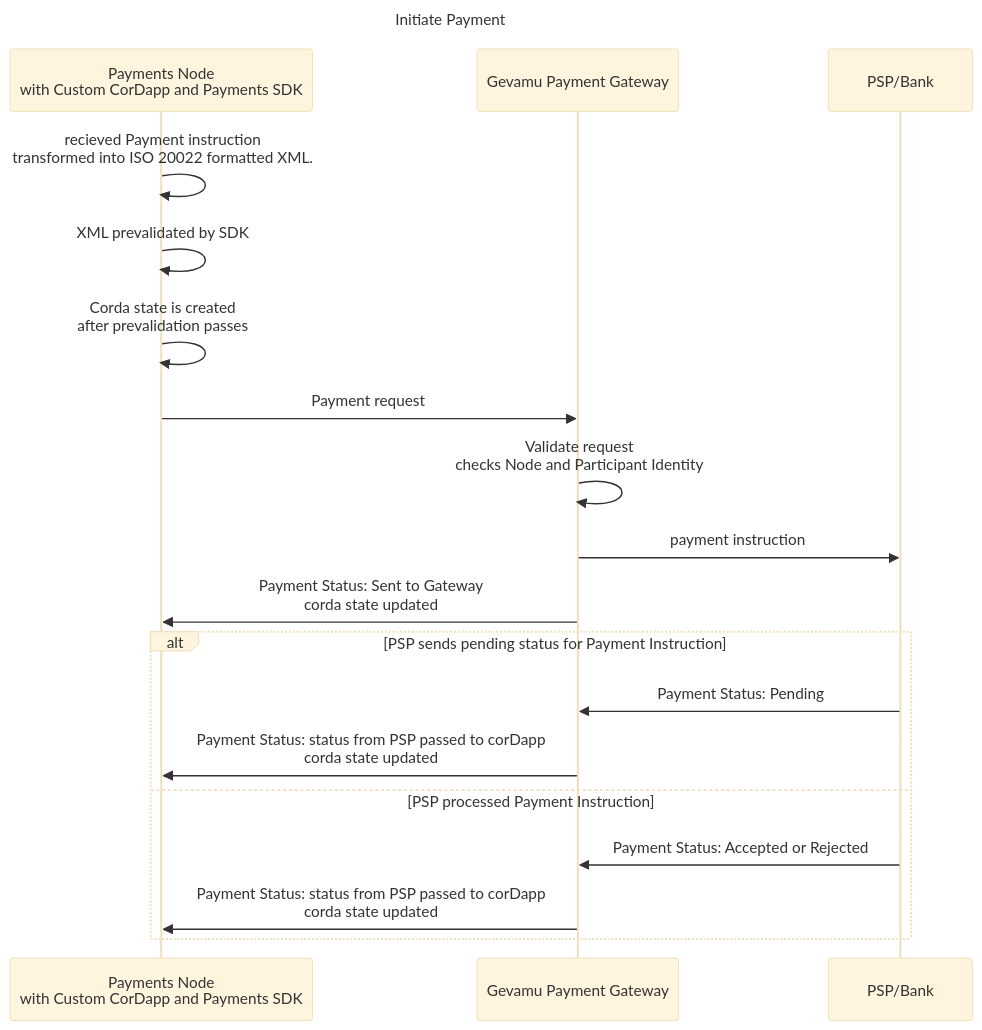
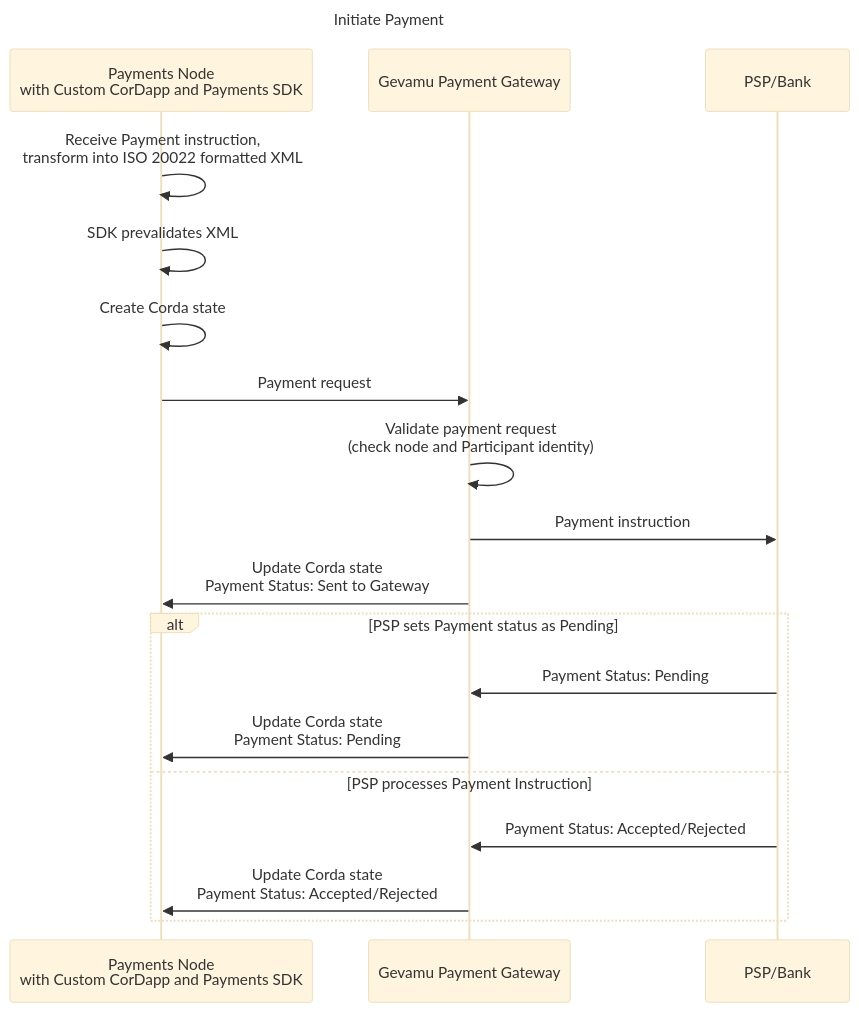
Before and after one commit to gevamu/gevamu.github.io: the diagram in content/3.workflow/4.payment-initiation.md, drawn with Mermaid (base theme). The commit also changed other lines of this file, not shown here.

Commit message:
Apply suggestions from code review
Linguistic Check

````diff
--- a/content/3.workflow/4.payment-initiation.md
+++ b/content/3.workflow/4.payment-initiation.md
@@ -24,37 +25,37 @@
 ```mermaid
 ---
 title: Initiate Payment
 ---
 sequenceDiagram
     %% Participants
     participant pn as Payments Node <br/> with Custom CorDapp and Payments SDK 
     participant gpg as Gevamu Payment Gateway
     participant psp as PSP/Bank
 
-    pn ->> pn: recieved Payment instruction  <br/> transformed into ISO 20022 formatted XML.
-    pn ->> pn: XML prevalidated by SDK
+    pn ->> pn: Receive Payment instruction,  <br/> transform into ISO 20022 formatted XML
+    pn ->> pn: SDK prevalidates XML
 
     %%prevalidation by SDK
     
-    pn  ->>  pn: Corda state is created <br/> after prevalidation passes
+    pn  ->>  pn: Create Corda state
     pn  ->> gpg: Payment request
-    gpg ->> gpg: Validate request <br/> checks Node and Participant Identity
+    gpg ->> gpg: Validate payment request  <br/> (check node and Participant identity)
 
     %% after validation by Gateway
 
-    gpg ->> psp: payment instruction
-    gpg ->> pn: Payment Status: Sent to Gateway <br/> corda state updated
+    gpg ->> psp: Payment instruction
+    gpg ->> pn:  Update Corda state <br/> Payment Status: Sent to Gateway
 
     %% Pending Status by PSP
-    alt PSP sends pending status for Payment Instruction
+    alt PSP sets Payment status as Pending
     psp ->> gpg: Payment Status: Pending
-    gpg ->> pn : Payment Status: status from PSP passed to corDapp <br/> corda state updated
+    gpg ->> pn : Update Corda state <br/> Payment Status: Pending 
     
     %% Request has been processed by PSP 
-    else PSP processed Payment Instruction
-    psp ->> gpg: Payment Status: Accepted or Rejected
-    gpg ->> pn : Payment Status: status from PSP passed to corDapp <br/> corda state updated
+    else PSP processes Payment Instruction
+    psp ->> gpg: Payment Status: Accepted/Rejected
+    gpg ->> pn : Update Corda state <br/> Payment Status: Accepted/Rejected 
     end
             
     
 ```
````
